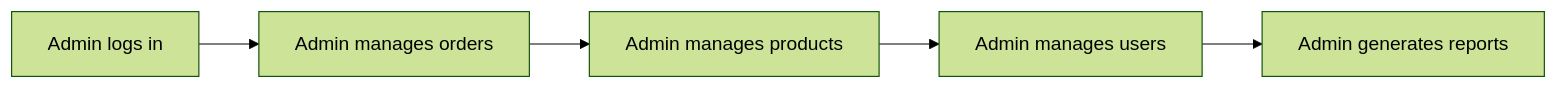
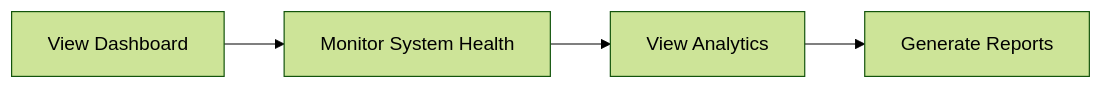
Before and after one commit to wrtnlabs/autobe-examples: diagram 20 of 20 in mistralai/codestral-2508/shopping/docs/analysis/03-user-flows.md, drawn with Mermaid (forest theme). The commit also changed other lines of this file and 7173 other files, not shown here.

````diff
--- a/mistralai/codestral-2508/shopping/docs/analysis/03-user-flows.md
+++ b/mistralai/codestral-2508/shopping/docs/analysis/03-user-flows.md
@@ -441,7 +213,6 @@
 ```mermaid
-flowchart LR
-    A["Admin logs in"] --> B["Admin manages orders"]
-    B --> C["Admin manages products"]
-    C --> D["Admin manages users"]
-    D --> E["Admin generates reports"]
+graph LR
+    A["View Dashboard"] --> B["Monitor System Health"]
+    B --> C["View Analytics"]
+    C --> D["Generate Reports"]
 ```
````
